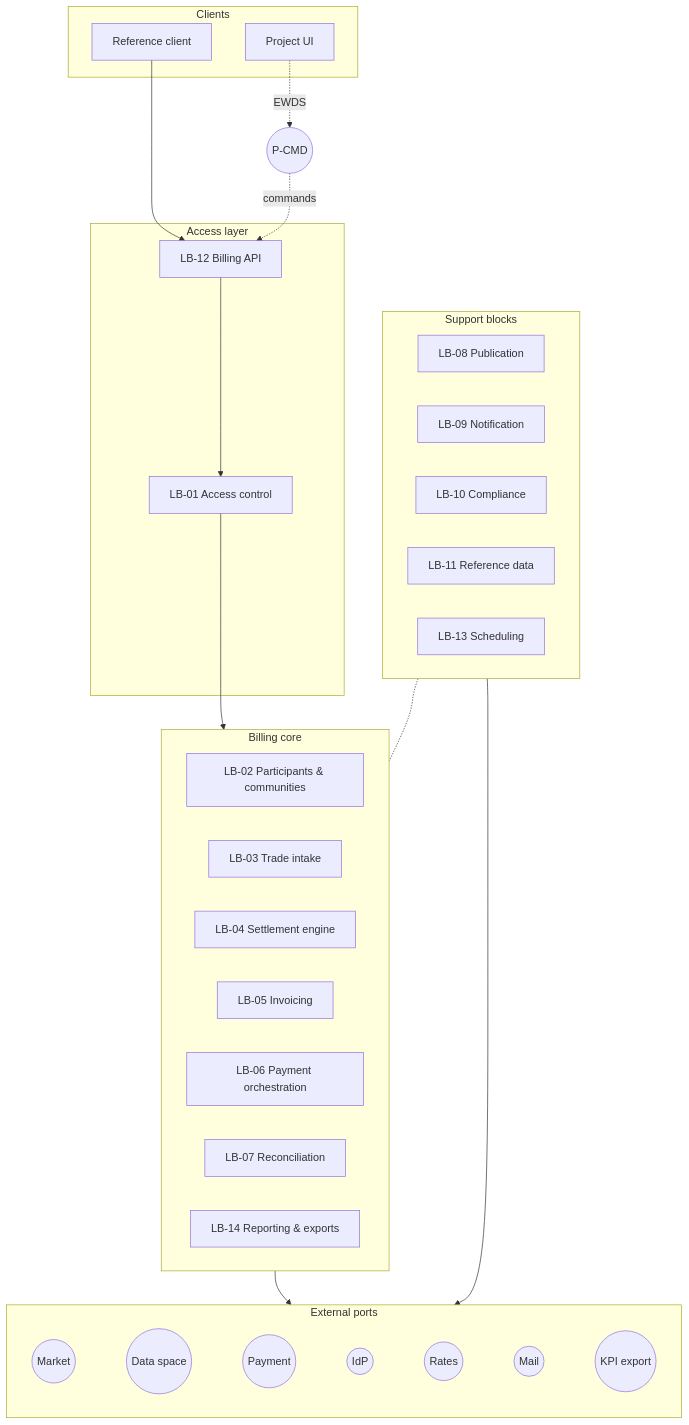
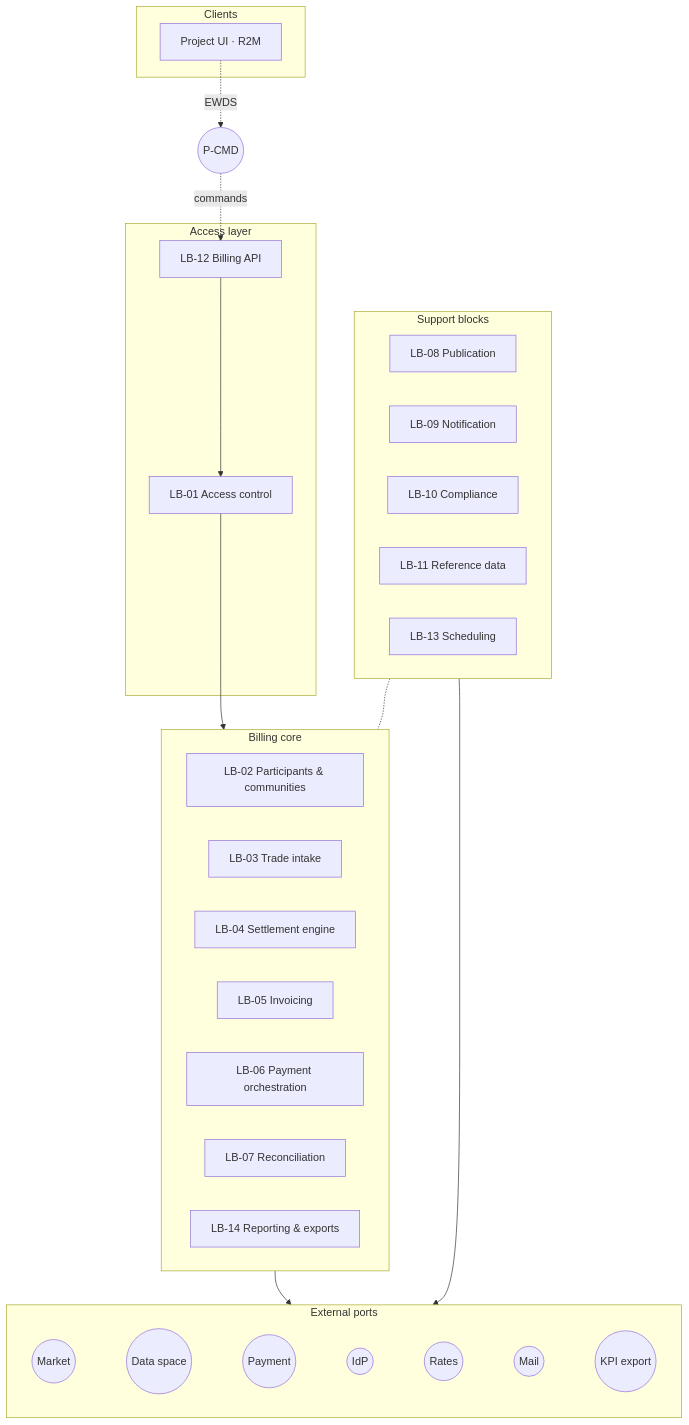
The first of 10 diagrams in docs/architecture/02-logical-architecture.md (blooo-io/intelligent-eu-bps-source), drawn with Mermaid before and after one commit. The commit also changed other lines of this file and 61 other files, not shown here.

````diff
--- a/docs/architecture/02-logical-architecture.md
+++ b/docs/architecture/02-logical-architecture.md
@@ -35,39 +35,37 @@
 ```mermaid
 %% elk %%
 flowchart TB
   subgraph Clients
-    UI[Reference client]
-    PUI[Project UI]
+    PUI[Project UI · R2M]
   end
   subgraph Access[Access layer]
     API[LB-12 Billing API]
     IAM[LB-01 Access control]
   end
   subgraph Core[Billing core]
     PCM[LB-02 Participants & communities]
     TIN[LB-03 Trade intake]
     SET[LB-04 Settlement engine]
     INV[LB-05 Invoicing]
     PAY[LB-06 Payment orchestration]
     REC[LB-07 Reconciliation]
     RPT[LB-14 Reporting & exports]
   end
   subgraph Support[Support blocks]
     PUB[LB-08 Publication]
     NOT[LB-09 Notification]
     CMP[LB-10 Compliance]
     REF[LB-11 Reference data]
     JOB[LB-13 Scheduling]
   end
   subgraph Ports[External ports]
     P1((Market)) ~~~ P2((Data space)) ~~~ P3((Payment)) ~~~ P4((IdP)) ~~~ P5((Rates)) ~~~ P6((Mail)) ~~~ P7((KPI export))
   end
-  UI --> API
   PUI -. EWDS .-> P_CMD((P-CMD))
   P_CMD -. commands .-> API
   API --> IAM
   IAM --> Core
   Core --> Ports
   Support --> Ports
   Support -.- Core
 ```
````
